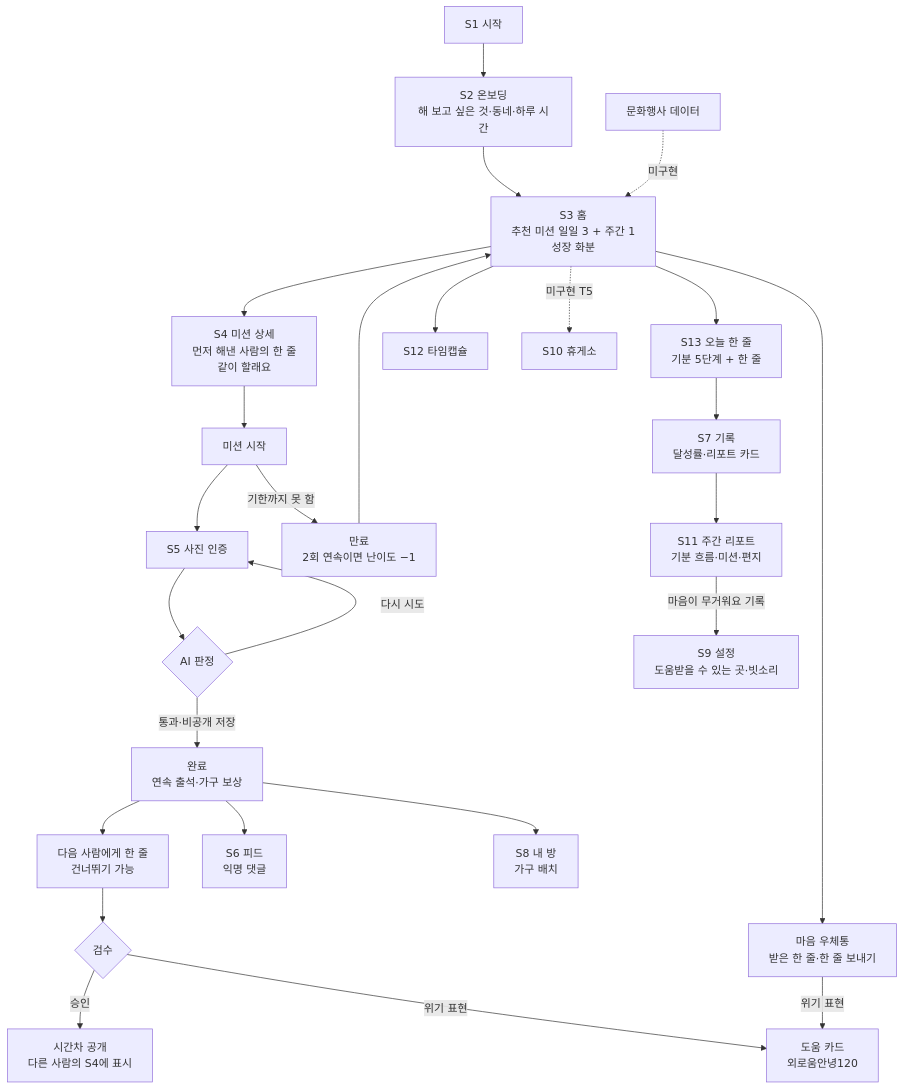
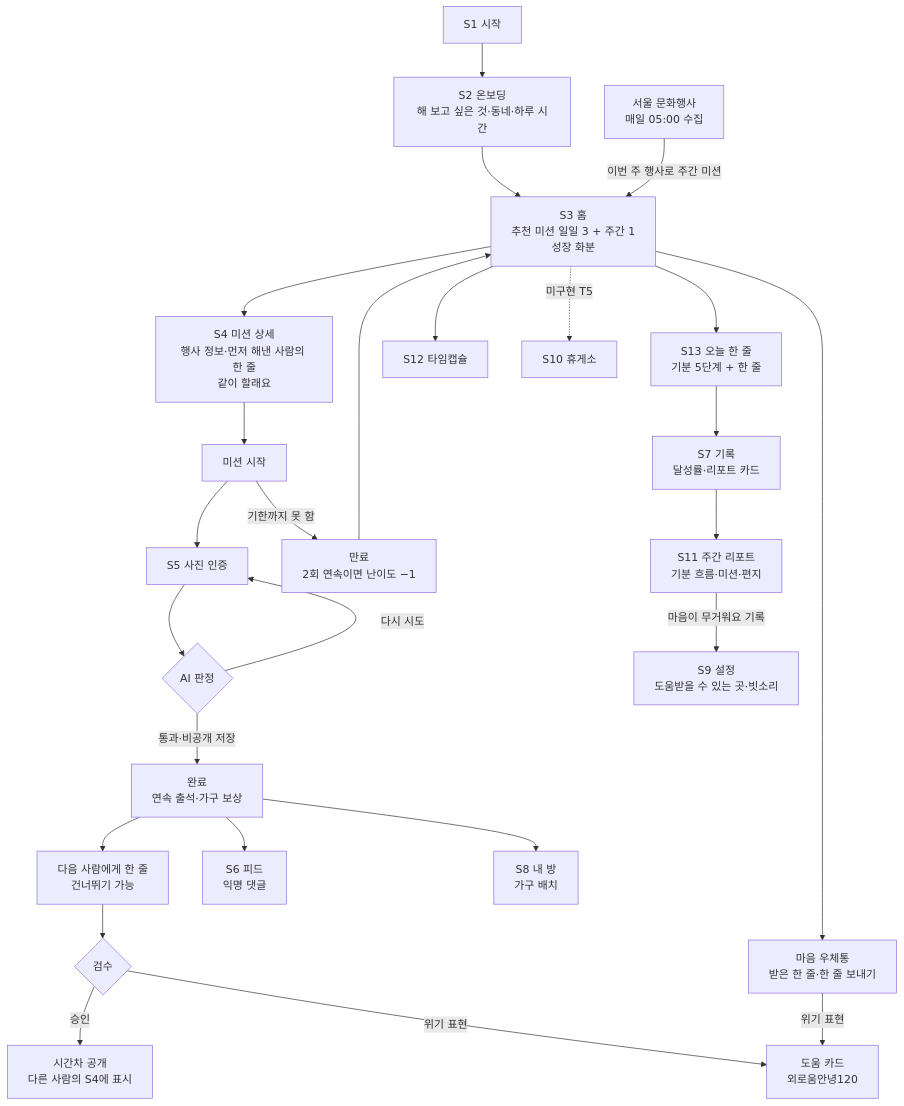
The diagram in docs/USER-FLOWS.md (koolunkle/maru), drawn with Mermaid before and after one commit. The commit also changed other lines of this file and 8 other files, not shown here.

````diff
--- a/docs/USER-FLOWS.md
+++ b/docs/USER-FLOWS.md
@@ -37,31 +37,31 @@
 ```mermaid
 flowchart TD
     S1[S1 시작] --> S2[S2 온보딩<br/>해 보고 싶은 것·동네·하루 시간]
     S2 --> S3[S3 홈<br/>추천 미션 일일 3 + 주간 1<br/>성장 화분]
 
-    S3 --> S4[S4 미션 상세<br/>먼저 해낸 사람의 한 줄<br/>같이 할래요]
+    S3 --> S4[S4 미션 상세<br/>행사 정보·먼저 해낸 사람의 한 줄<br/>같이 할래요]
     S4 --> START[미션 시작]
     START --> S5[S5 사진 인증]
     START -- 기한까지 못 함 --> EXP[만료<br/>2회 연속이면 난이도 −1]
     EXP --> S3
     S5 --> J{AI 판정}
     J -- 다시 시도 --> S5
     J -- 통과·비공개 저장 --> R[완료<br/>연속 출석·가구 보상]
     R --> RL[다음 사람에게 한 줄<br/>건너뛰기 가능]
     RL --> M{검수}
     M -- 승인 --> PUB[시간차 공개<br/>다른 사람의 S4에 표시]
     M -- 위기 표현 --> HELP[도움 카드<br/>외로움안녕120]
     R --> S6[S6 피드<br/>익명 댓글]
     R --> S8[S8 내 방<br/>가구 배치]
 
     S3 --> MB[마음 우체통<br/>받은 한 줄·한 줄 보내기]
     MB -- 위기 표현 --> HELP
     S3 --> S13[S13 오늘 한 줄<br/>기분 5단계 + 한 줄]
     S3 --> S12[S12 타임캡슐]
     S13 --> S7[S7 기록<br/>달성률·리포트 카드]
     S7 --> S11[S11 주간 리포트<br/>기분 흐름·미션·편지]
     S11 -- 마음이 무거워요 기록 --> S9[S9 설정<br/>도움받을 수 있는 곳·빗소리]
 
     S3 -. 미구현 T5 .-> S10[S10 휴게소]
-    EV[문화행사 데이터] -. 미구현 .-> S3
+    EV[서울 문화행사<br/>매일 05:00 수집] -- 이번 주 행사로 주간 미션 --> S3
 ```
````
